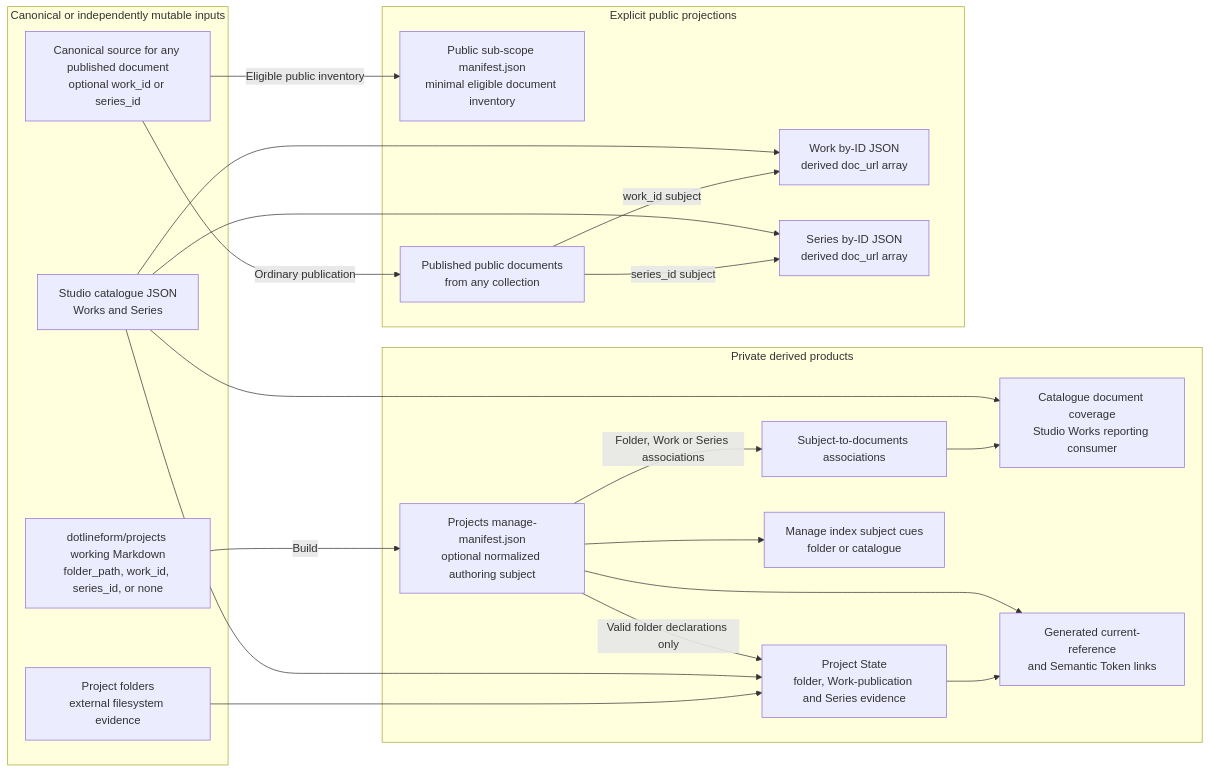
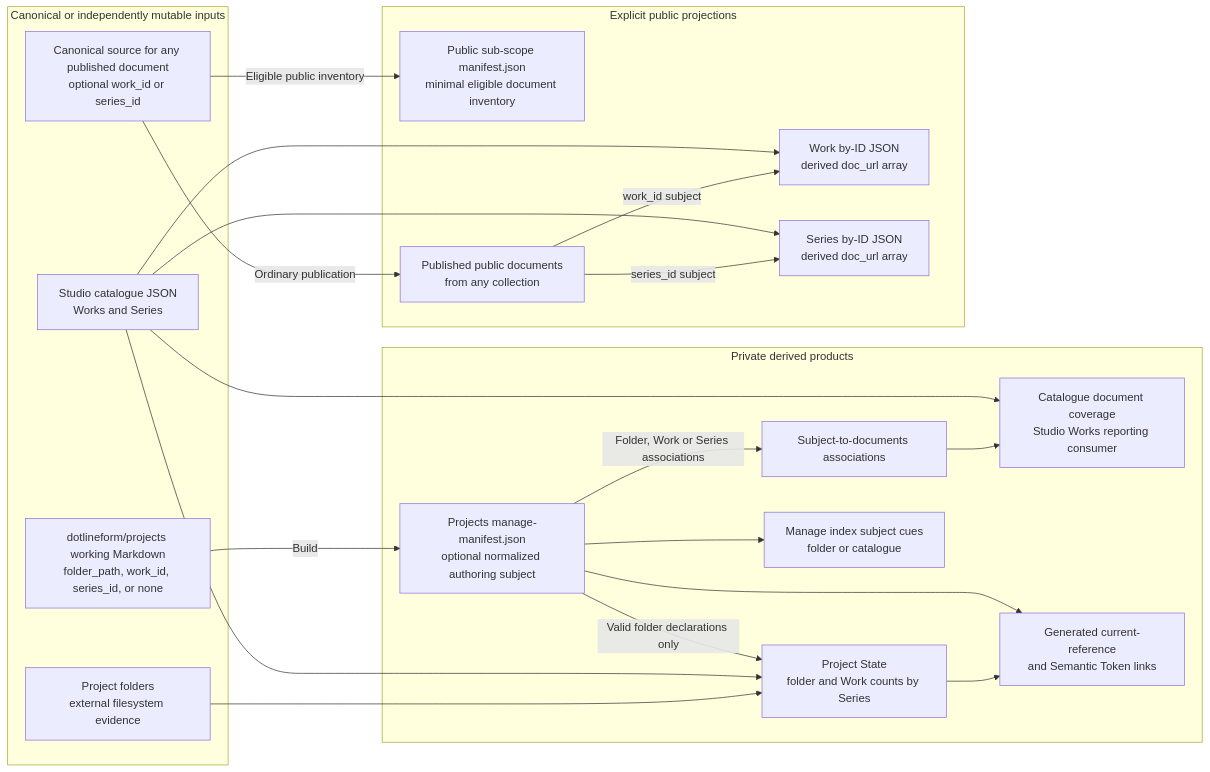
The first of 2 diagrams in docs-viewer/scopes/studio/source/documents/d-20260802-194358-7717ee.md (dotlineform/dotlineform-site), drawn with Mermaid before and after one commit. The commit also changed other lines of this file and 9 other files, not shown here.

````diff
--- a/docs-viewer/scopes/studio/source/documents/d-20260802-194358-7717ee.md
+++ b/docs-viewer/scopes/studio/source/documents/d-20260802-194358-7717ee.md
@@ -21,45 +21,45 @@
 ```mermaid
 flowchart LR
     accTitle: Sub-Scope Publishing ownership and projection map
     accDescr: Canonical document source, canonical Studio JSON, and external folder evidence feed private manifests and focused products; documents published through ordinary configured workflows enter explicit public projections.
 
     subgraph inputs["Canonical or independently mutable inputs"]
         folders["Project folders<br/>external filesystem evidence"]
         projectDocs["dotlineform/projects working Markdown<br/>folder_path, work_id, series_id, or none"]
         publicSourceDocs["Canonical source for any published document<br/>optional work_id or series_id"]
         catalogue["Studio catalogue JSON<br/>Works and Series"]
     end
 
     subgraph private["Private derived products"]
         projectManifest["Projects manage-manifest.json<br/>optional normalized authoring subject"]
         associations["Subject-to-documents associations"]
-        projectState["Project State<br/>folder, Work-publication and Series evidence"]
+        projectState["Project State<br/>folder and Work counts by Series"]
         manageCues["Manage index subject cues<br/>folder or catalogue"]
         coverageReport["Catalogue document coverage<br/>Studio Works reporting consumer"]
         resolved["Generated current-reference<br/>and Semantic Token links"]
     end
 
     subgraph public["Explicit public projections"]
         publicManifest["Public sub-scope manifest.json<br/>minimal eligible document inventory"]
         publishedDocs["Published public documents<br/>from any collection"]
         workPayload["Work by-ID JSON<br/>derived doc_url array"]
         seriesPayload["Series by-ID JSON<br/>derived doc_url array"]
     end
 
     projectDocs -->|"Build"| projectManifest
     projectManifest -->|"Folder, Work or Series associations"| associations
     folders --> projectState
     catalogue --> projectState
     projectManifest -->|"Valid folder declarations only"| projectState
     projectState --> resolved
     projectManifest --> manageCues
     projectManifest --> resolved
     associations --> coverageReport
     catalogue --> coverageReport
     publicSourceDocs -->|"Eligible public inventory"| publicManifest
     publicSourceDocs -->|"Ordinary publication"| publishedDocs
     publishedDocs -->|"work_id subject"| workPayload
     publishedDocs -->|"series_id subject"| seriesPayload
     catalogue --> workPayload
     catalogue --> seriesPayload
 ```
````
